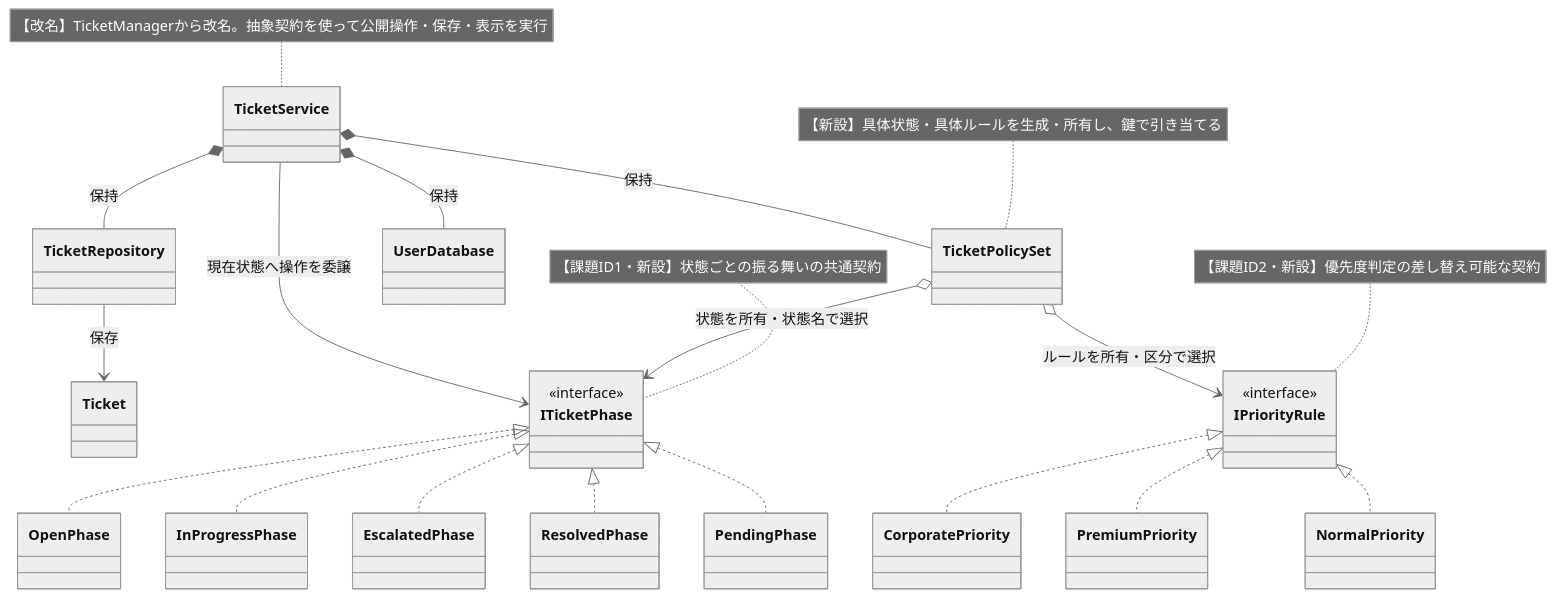
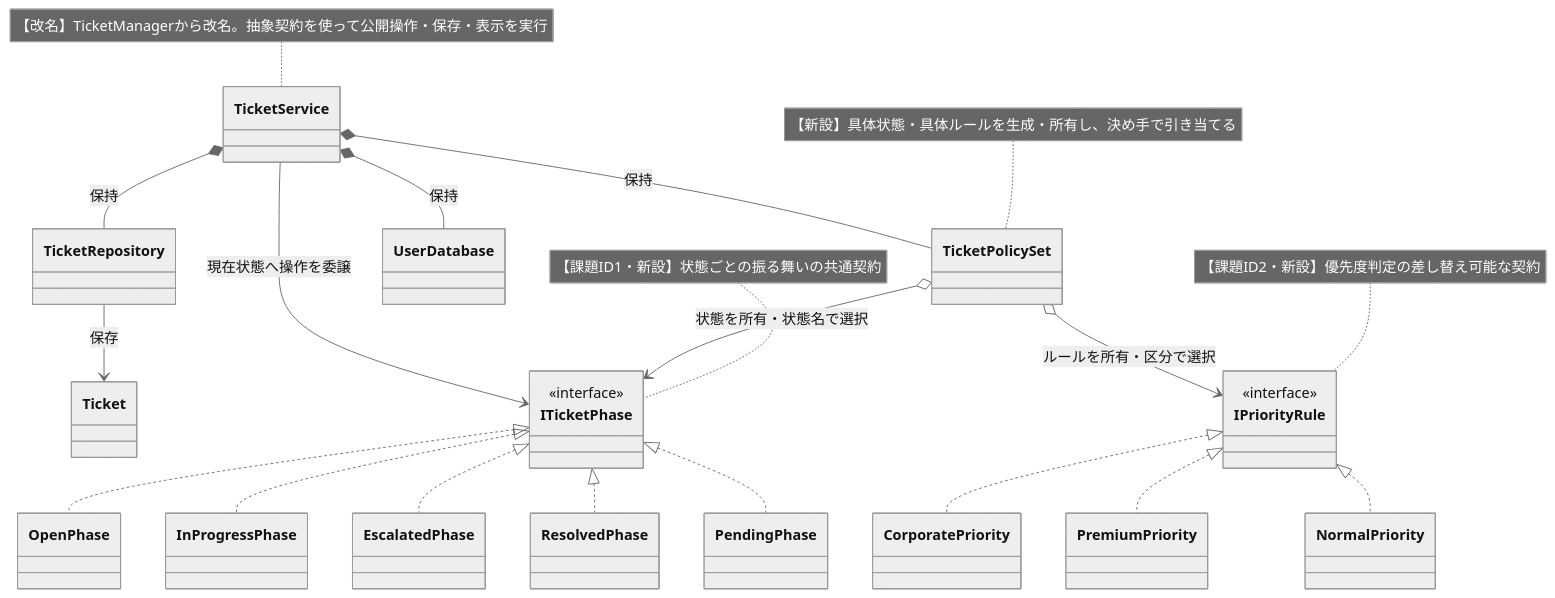
Before and after one commit to kumachan1101-pixel/DesignPattern: diagram 16 of 22 in kindle/design-patterns/output/chapter09_2.md, drawn with Mermaid (neutral theme). The commit also changed other lines of this file and 9 other files, not shown here.

````diff
--- a/kindle/design-patterns/output/chapter09_2.md
+++ b/kindle/design-patterns/output/chapter09_2.md
@@ -2306,41 +2356,41 @@
 ```mermaid
 classDiagram
     class TicketService
     class TicketPolicySet
     class TicketRepository
     class UserDatabase
     class Ticket
     class ITicketPhase { <<interface>> }
     class OpenPhase
     class InProgressPhase
     class EscalatedPhase
     class ResolvedPhase
     class PendingPhase
     class IPriorityRule { <<interface>> }
     class CorporatePriority
     class PremiumPriority
     class NormalPriority
     TicketService *-- TicketRepository : 保持
     TicketService *-- UserDatabase : 保持
     TicketService *-- TicketPolicySet : 保持
     TicketPolicySet o--> ITicketPhase : 状態を所有・状態名で選択
     TicketPolicySet o--> IPriorityRule : ルールを所有・区分で選択
     TicketRepository --> Ticket : 保存
     TicketService --> ITicketPhase : 現在状態へ操作を委譲
     ITicketPhase <|.. OpenPhase
     ITicketPhase <|.. InProgressPhase
     ITicketPhase <|.. EscalatedPhase
     ITicketPhase <|.. ResolvedPhase
     ITicketPhase <|.. PendingPhase
     IPriorityRule <|.. CorporatePriority
     IPriorityRule <|.. PremiumPriority
     IPriorityRule <|.. NormalPriority
 
     note for ITicketPhase "【課題ID1・新設】状態ごとの振る舞いの共通契約"
     note for IPriorityRule "【課題ID2・新設】優先度判定の差し替え可能な契約"
-    note for TicketPolicySet "【新設】具体状態・具体ルールを生成・所有し、鍵で引き当てる"
+    note for TicketPolicySet "【新設】具体状態・具体ルールを生成・所有し、決め手で引き当てる"
     note for TicketService "【改名】TicketManagerから改名。抽象契約を使って公開操作・保存・表示を実行"
 
     classDef focus fill:#FFF2CC,stroke:#D6B656,stroke-width:2px,color:#222222
     cssClass "TicketService,TicketPolicySet,ITicketPhase,OpenPhase,InProgressPhase,EscalatedPhase,ResolvedPhase,PendingPhase,IPriorityRule,CorporatePriority,PremiumPriority,NormalPriority" focus
 ```
````
